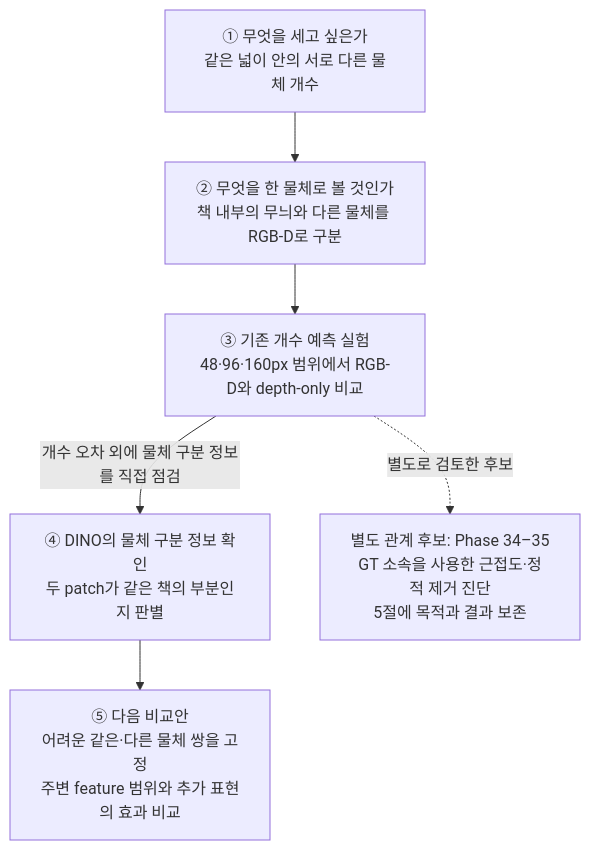
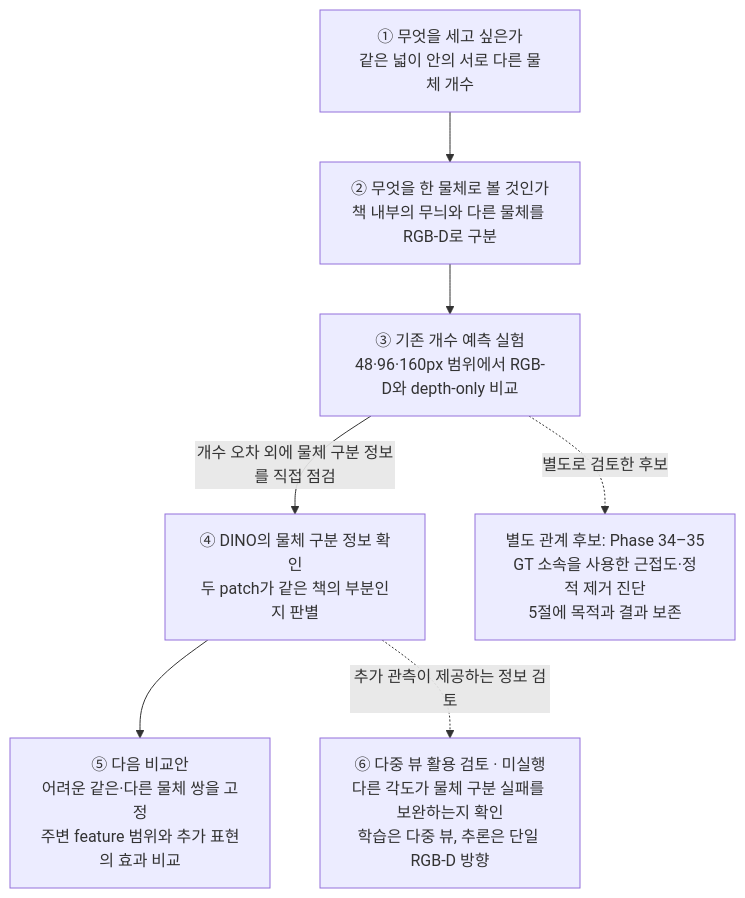
The first of 4 diagrams in complexity_stream.md (JeonHaneul/2D-PDM_DINOv3), drawn with Mermaid before and after one commit. The commit also changed other lines of this file and 1 other file, not shown here.

````diff
--- a/complexity_stream.md
+++ b/complexity_stream.md
@@ -21,13 +21,15 @@
 ```mermaid
 flowchart TD
     N1["① 무엇을 세고 싶은가<br/>같은 넓이 안의 서로 다른 물체 개수"]
     N2["② 무엇을 한 물체로 볼 것인가<br/>책 내부의 무늬와 다른 물체를 RGB-D로 구분"]
     N3["③ 기존 개수 예측 실험<br/>48·96·160px 범위에서 RGB-D와 depth-only 비교"]
     N4["④ DINO의 물체 구분 정보 확인<br/>두 patch가 같은 책의 부분인지 판별"]
     N5["⑤ 다음 비교안<br/>어려운 같은·다른 물체 쌍을 고정<br/>주변 feature 범위와 추가 표현의 효과 비교"]
+    N6["⑥ 다중 뷰 활용 검토 · 미실행<br/>다른 각도가 물체 구분 실패를 보완하는지 확인<br/>학습은 다중 뷰, 추론은 단일 RGB-D 방향"]
     H["별도 관계 후보: Phase 34–35<br/>GT 소속을 사용한 근접도·정적 제거 진단<br/>5절에 목적과 결과 보존"]
     N1 --> N2 --> N3
     N3 -->|"개수 오차 외에 물체 구분 정보를 직접 점검"| N4
     N4 --> N5
+    N4 -. "추가 관측이 제공하는 정보 검토" .-> N6
     N3 -. "별도로 검토한 후보" .-> H
 ```
````
